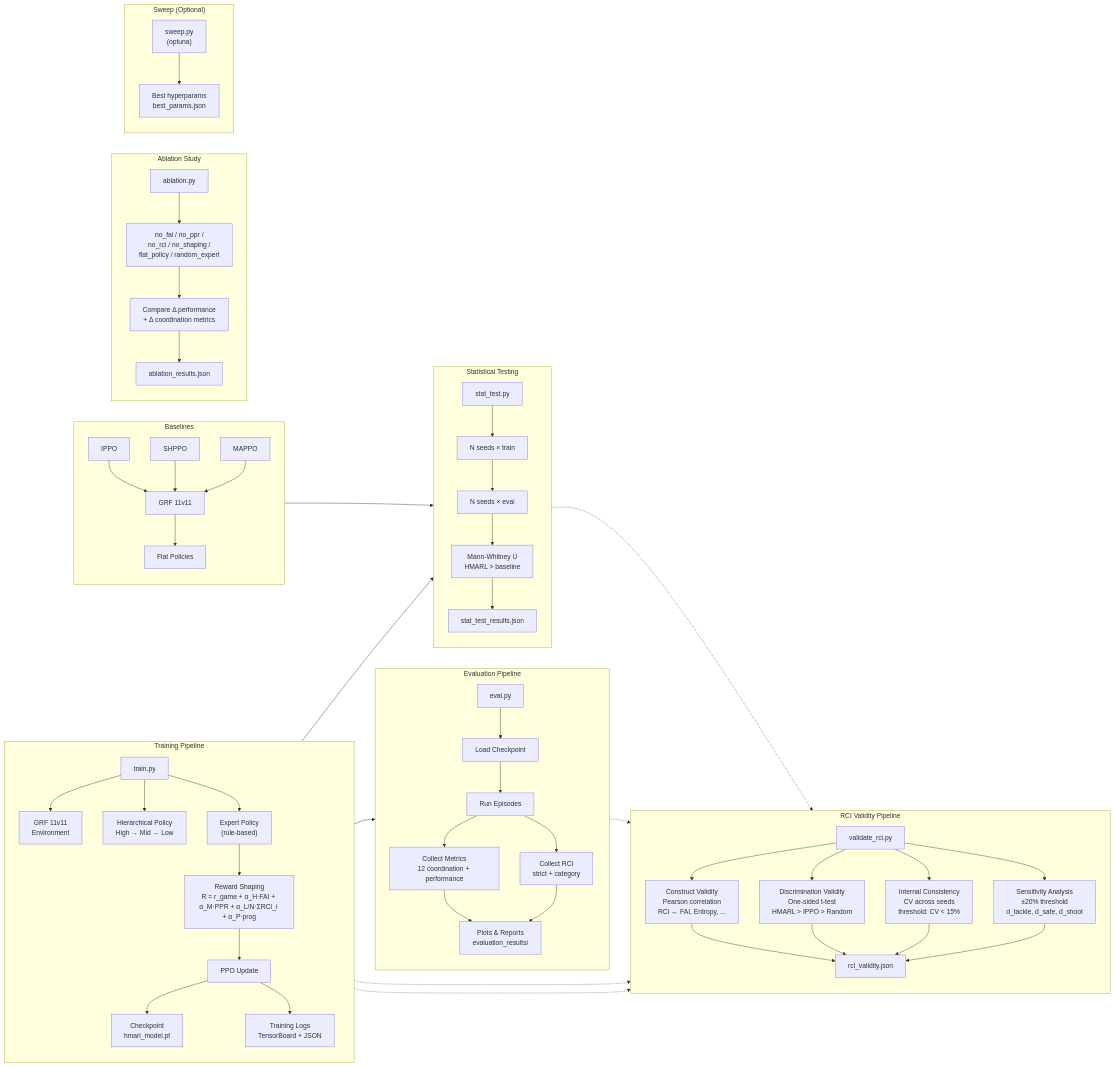
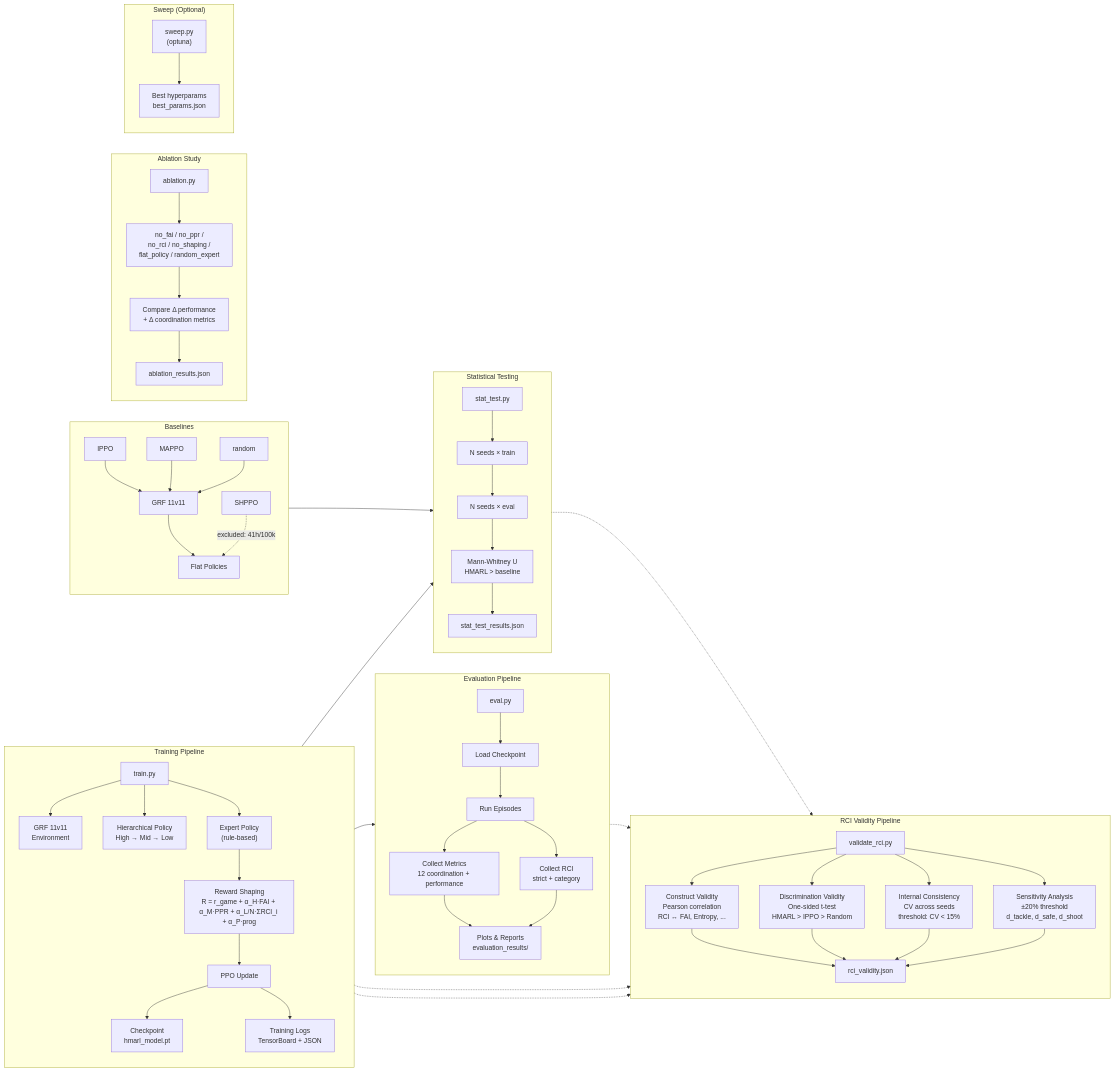
One commit to wewnumam/hmarl-grf changed the diagram in README.md. Above: the diagram before and after it, drawn with Mermaid. The commit also changed other lines of this file, not shown here.

````diff
--- a/README.md
+++ b/README.md
@@ -57,75 +93,76 @@
 ```mermaid
 flowchart LR
     %% === TRAINING PIPELINE ===
     subgraph TRAIN["Training Pipeline"]
         direction TB
         A1["train.py"] --> A2["GRF 11v11<br/>Environment"]
         A1 --> A3["Hierarchical Policy<br/>High → Mid → Low"]
         A1 --> A4["Expert Policy<br/>(rule-based)"]
         A4 --> A5["Reward Shaping<br/>R = r_game + α_H·FAI + α_M·PPR + α_L/N·ΣRCI_i + α_P·prog"]
         A5 --> A6["PPO Update"]
         A6 --> A7["Checkpoint<br/>hmarl_model.pt"]
         A6 --> A8["Training Logs<br/>TensorBoard + JSON"]
     end
 
     %% === EVALUATION PIPELINE ===
     subgraph EVAL["Evaluation Pipeline"]
         direction TB
         B1["eval.py"] --> B2["Load Checkpoint"]
         B2 --> B3["Run Episodes"]
         B3 --> B4["Collect Metrics<br/>12 coordination + performance"]
         B3 --> B5["Collect RCI<br/>strict + category"]
         B4 --> B6["Plots & Reports<br/>evaluation_results/"]
         B5 --> B6
     end
 
     %% === VALIDATION PIPELINE ===
     subgraph VALID["RCI Validity Pipeline"]
         direction TB
         C1["validate_rci.py"] --> C2["Construct Validity<br/>Pearson correlation<br/>RCI ↔ FAI, Entropy, ..."]
         C1 --> C3["Discrimination Validity<br/>One-sided t-test<br/>HMARL > IPPO > Random"]
         C1 --> C4["Internal Consistency<br/>CV across seeds<br/>threshold: CV < 15%"]
         C1 --> C5["Sensitivity Analysis<br/>±20% threshold<br/>d_tackle, d_safe, d_shoot"]
         C2 --> C6["rci_validity.json"]
         C3 --> C6
         C4 --> C6
         C5 --> C6
     end
 
     %% === BASELINES ===
     subgraph BASE["Baselines"]
         direction TB
-        D1["IPPO"] & D2["SHPPO"] & D3["MAPPO"] --> D4["GRF 11v11"]
+        D1["IPPO"] & D3["MAPPO"] & D6["random"] --> D4["GRF 11v11"]
         D4 --> D5["Flat Policies"]
+        D2["SHPPO"] -.->|excluded: 41h/100k| D5
     end
 
     %% === STAT & ABLATION ===
     subgraph STAT["Statistical Testing"]
         direction TB
         E1["stat_test.py"] --> E2["N seeds × train"]
         E2 --> E3["N seeds × eval"]
         E3 --> E4["Mann-Whitney U<br/>HMARL > baseline"]
         E4 --> E5["stat_test_results.json"]
     end
 
     subgraph ABLAT["Ablation Study"]
         direction TB
         F1["ablation.py"] --> F2["no_fai / no_ppr /<br/>no_rci / no_shaping /<br/>flat_policy / random_expert"]
         F2 --> F3["Compare Δ performance<br/>+ Δ coordination metrics"]
         F3 --> F4["ablation_results.json"]
     end
 
     subgraph SWEEP["Sweep (Optional)"]
         direction TB
         G1["sweep.py<br/>(optuna)"] --> G2["Best hyperparams<br/>best_params.json"]
     end
 
     %% === CROSS-CONNECTIONS ===
     A7 --> B2
     A7 --> E2
     D5 --> E3
     A7 -.-> C1
     A8 -.-> C1
     B6 -.-> C1
     E5 -.-> C1
 ```
````
